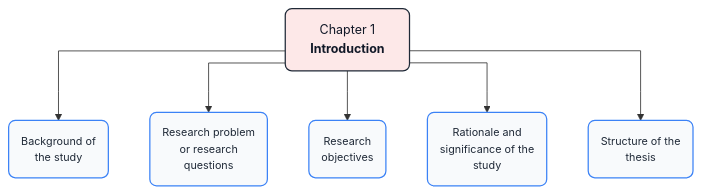
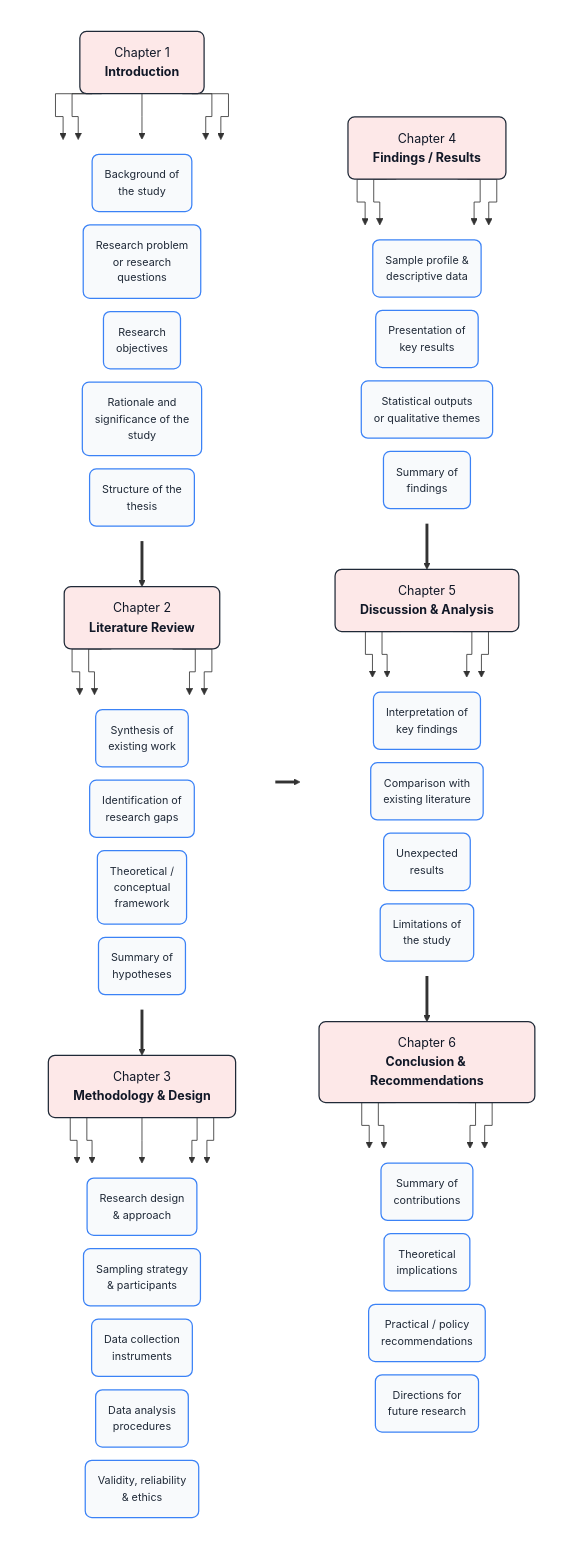
One commit to Merceline10/My-First_Ever changed the diagram in Research_Design V2.md. Above: the diagram before and after it, drawn with Mermaid. The commit also changed other lines of this file, not shown here.

Commit message:
Revise research guide structure and flowcharts
Updated the structure of the research guide by modifying the flowchart for Chapter 1 and removing redundant sections for Chapters 2 to 6.

````diff
--- a/Research_Design V2.md
+++ b/Research_Design V2.md
@@ -5,20 +3,105 @@
 ```mermaid
-%%{init: {'flowchart': {'curve': 'stepAfter'}}}%%
-flowchart TD
+%%{init: {'flowchart': {'curve': 'stepAfter', 'nodeSpacing': 16, 'rankSpacing': 30}}}%%
+flowchart LR
     classDef chapterBox fill:#fde8e8,stroke:#1f2937,stroke-width:1.5px,rx:8,ry:8,color:#111827,font-size:15px
     classDef subBox fill:#f8fafc,stroke:#3b82f6,stroke-width:1.5px,rx:8,ry:8,color:#1f2937,font-size:13px
 
-    Ch1["<span style='color:#dc2626;font-weight:bold'>Chapter 1</span><br/><b>Introduction</b>"]:::chapterBox
-    
-    C1_1("Background of<br/>the study"):::subBox
-    C1_2("Research problem<br/>or research<br/>questions"):::subBox
-    C1_3("Research<br/>objectives"):::subBox
-    C1_4("Rationale and<br/>significance of the<br/>study"):::subBox
-    C1_5("Structure of the<br/>thesis"):::subBox
+    %% ==================== COLUMN 1 (CHAPTERS 1 - 3) ====================
+    subgraph Col1 [" "]
+        direction TB
 
-    Ch1 --> C1_1
-    Ch1 --> C1_2
-    Ch1 --> C1_3
-    Ch1 --> C1_4
-    Ch1 --> C1_5
+        %% Chapter 1
+        Ch1["<span style='color:#dc2626;font-weight:bold'>Chapter 1</span><br/><b>Introduction</b>"]:::chapterBox
+        subgraph G1 [" "]
+            direction LR
+            C1_1("Background of<br/>the study"):::subBox
+            C1_2("Research problem<br/>or research<br/>questions"):::subBox
+            C1_3("Research<br/>objectives"):::subBox
+            C1_4("Rationale and<br/>significance of the<br/>study"):::subBox
+            C1_5("Structure of the<br/>thesis"):::subBox
+        end
+        Ch1 --> C1_1 & C1_2 & C1_3 & C1_4 & C1_5
+
+        %% Chapter 2
+        Ch2["<span style='color:#dc2626;font-weight:bold'>Chapter 2</span><br/><b>Literature Review</b>"]:::chapterBox
+        subgraph G2 [" "]
+            direction LR
+            C2_1("Synthesis of<br/>existing work"):::subBox
+            C2_2("Identification of<br/>research gaps"):::subBox
+            C2_3("Theoretical /<br/>conceptual<br/>framework"):::subBox
+            C2_4("Summary of<br/>hypotheses"):::subBox
+        end
+        Ch2 --> C2_1 & C2_2 & C2_3 & C2_4
+
+        %% Chapter 3
+        Ch3["<span style='color:#dc2626;font-weight:bold'>Chapter 3</span><br/><b>Methodology & Design</b>"]:::chapterBox
+        subgraph G3 [" "]
+            direction LR
+            C3_1("Research design<br/>& approach"):::subBox
+            C3_2("Sampling strategy<br/>& participants"):::subBox
+            C3_3("Data collection<br/>instruments"):::subBox
+            C3_4("Data analysis<br/>procedures"):::subBox
+            C3_5("Validity, reliability<br/>& ethics"):::subBox
+        end
+        Ch3 --> C3_1 & C3_2 & C3_3 & C3_4 & C3_5
+
+        %% Continuous flow down Column 1
+        G1 ==> Ch2
+        G2 ==> Ch3
+    end
+
+    %% ==================== COLUMN 2 (CHAPTERS 4 - 6) ====================
+    subgraph Col2 [" "]
+        direction TB
+
+        %% Chapter 4
+        Ch4["<span style='color:#dc2626;font-weight:bold'>Chapter 4</span><br/><b>Findings / Results</b>"]:::chapterBox
+        subgraph G4 [" "]
+            direction LR
+            C4_1("Sample profile &<br/>descriptive data"):::subBox
+            C4_2("Presentation of<br/>key results"):::subBox
+            C4_3("Statistical outputs<br/>or qualitative themes"):::subBox
+            C4_4("Summary of<br/>findings"):::subBox
+        end
+        Ch4 --> C4_1 & C4_2 & C4_3 & C4_4
+
+        %% Chapter 5
+        Ch5["<span style='color:#dc2626;font-weight:bold'>Chapter 5</span><br/><b>Discussion & Analysis</b>"]:::chapterBox
+        subgraph G5 [" "]
+            direction LR
+            C5_1("Interpretation of<br/>key findings"):::subBox
+            C5_2("Comparison with<br/>existing literature"):::subBox
+            C5_3("Unexpected<br/>results"):::subBox
+            C5_4("Limitations of<br/>the study"):::subBox
+        end
+        Ch5 --> C5_1 & C5_2 & C5_3 & C5_4
+
+        %% Chapter 6
+        Ch6["<span style='color:#dc2626;font-weight:bold'>Chapter 6</span><br/><b>Conclusion & Recommendations</b>"]:::chapterBox
+        subgraph G6 [" "]
+            direction LR
+            C6_1("Summary of<br/>contributions"):::subBox
+            C6_2("Theoretical<br/>implications"):::subBox
+            C6_3("Practical / policy<br/>recommendations"):::subBox
+            C6_4("Directions for<br/>future research"):::subBox
+        end
+        Ch6 --> C6_1 & C6_2 & C6_3 & C6_4
+
+        %% Continuous flow down Column 2
+        G4 ==> Ch5
+        G5 ==> Ch6
+    end
+
+    %% ==================== BRIDGE COLUMN 1 TO COLUMN 2 ====================
+    G3 ==> Ch4
+
+    %% Hide all container borders so only boxes and arrows show
+    style Col1 fill:transparent,stroke:none
+    style Col2 fill:transparent,stroke:none
+    style G1 fill:transparent,stroke:none
+    style G2 fill:transparent,stroke:none
+    style G3 fill:transparent,stroke:none
+    style G4 fill:transparent,stroke:none
+    style G5 fill:transparent,stroke:none
+    style G6 fill:transparent,stroke:none
 ```
````
